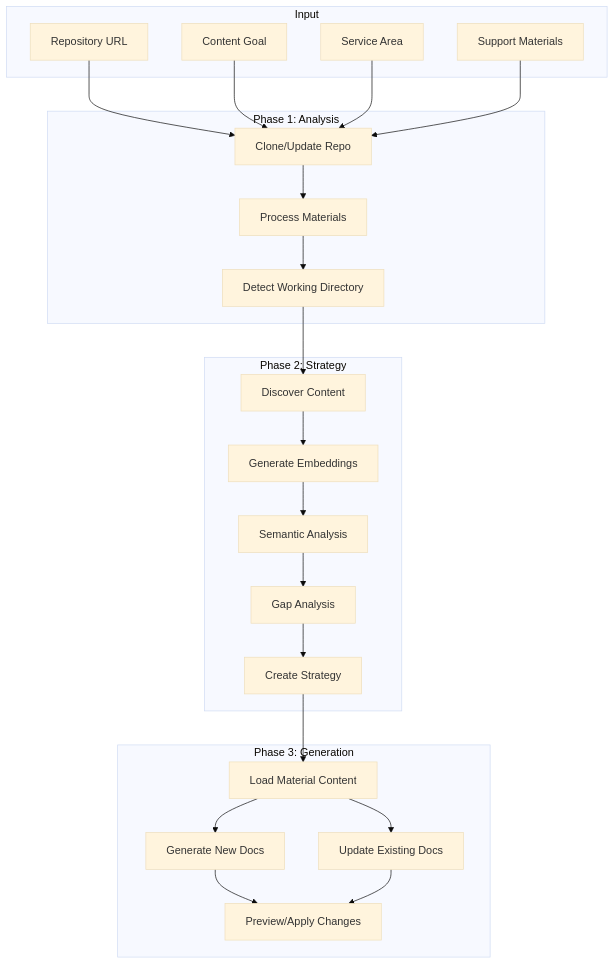
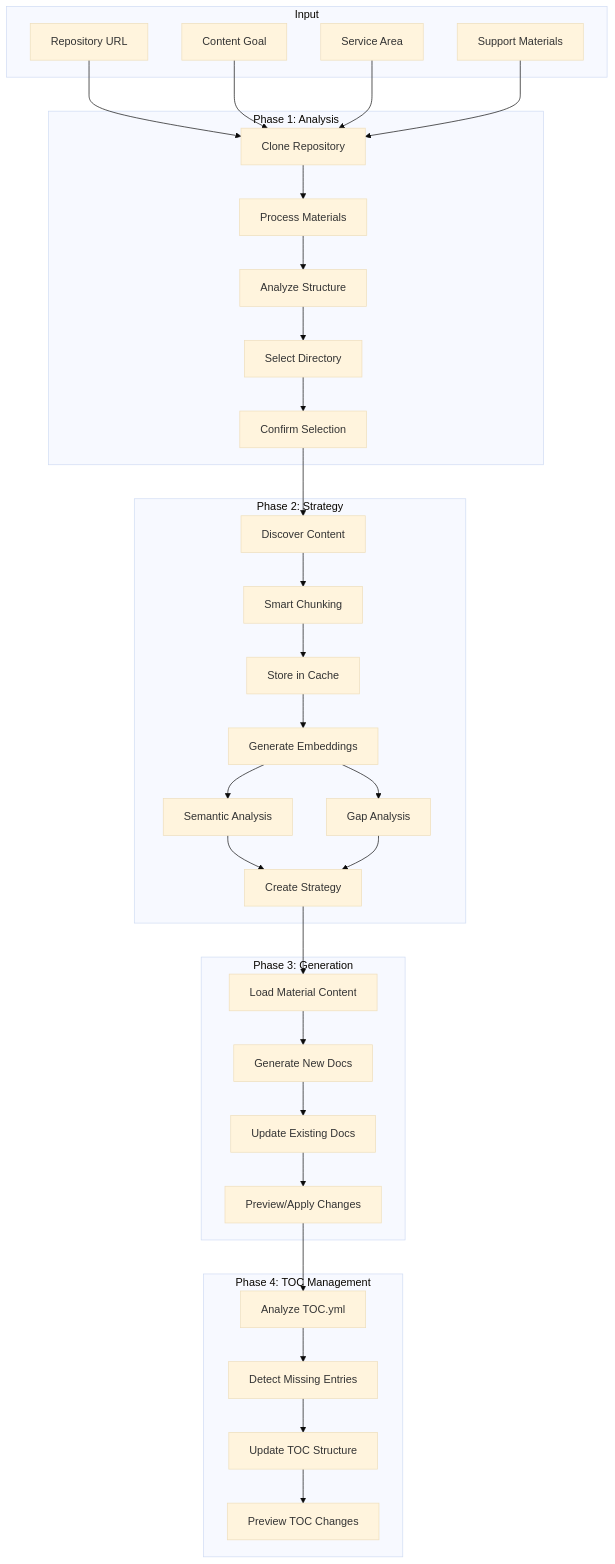
The first of 3 diagrams in README.md (mrcloudchase/AI-CONTENT-DEVELOPER), drawn with Mermaid (base theme) before and after one commit. The commit also changed other lines of this file and 6227 other files, not shown here.

````diff
--- a/README.md
+++ b/README.md
@@ -18,37 +20,50 @@
 ```mermaid
 flowchart TB
     subgraph Input
         A[Repository URL] 
         B[Content Goal]
         C[Service Area]
         D[Support Materials]
     end
     
     subgraph "Phase 1: Analysis"
-        E[Clone/Update Repo]
+        E[Clone Repository]
         F[Process Materials]
-        G[Detect Working Directory]
+        G[Analyze Structure]
+        H[Select Directory]
+        I[Confirm Selection]
     end
     
     subgraph "Phase 2: Strategy"
-        H[Discover Content]
-        I[Generate Embeddings]
-        J[Semantic Analysis]
-        K[Gap Analysis]
-        L[Create Strategy]
+        J[Discover Content]
+        K[Smart Chunking]
+        L[Store in Cache]
+        M[Generate Embeddings]
+        N[Semantic Analysis]
+        O[Gap Analysis]
+        P[Create Strategy]
     end
     
     subgraph "Phase 3: Generation"
-        M[Load Material Content]
-        N[Generate New Docs]
-        O[Update Existing Docs]
-        P[Preview/Apply Changes]
+        Q[Load Material Content]
+        R[Generate New Docs]
+        S[Update Existing Docs]
+        T[Preview/Apply Changes]
+    end
+    
+    subgraph "Phase 4: TOC Management"
+        U[Analyze TOC.yml]
+        V[Detect Missing Entries]
+        W[Update TOC Structure]
+        X[Preview TOC Changes]
     end
     
     A & B & C & D --> E
     E --> F --> G
-    G --> H --> I --> J
-    J --> K --> L
-    L --> M --> N & O
+    G --> H --> I
+    I --> J --> K
+    K --> L --> M --> N & O
     N & O --> P
+    P --> Q --> R --> S --> T
+    T --> U --> V --> W --> X
 ```
````
